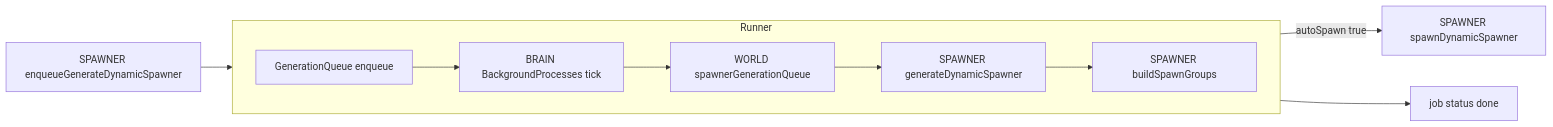
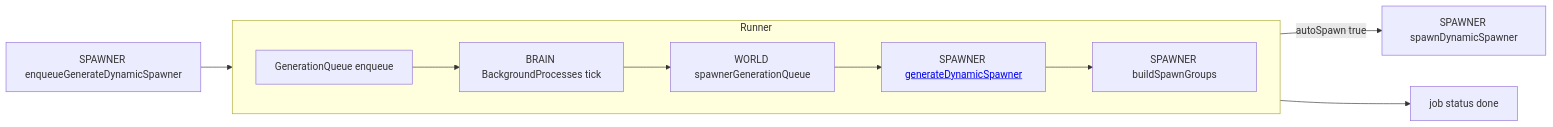
The fourth of 4 diagrams in docs/spawner/async.md (Gh0st352/AETHR), drawn with Mermaid before and after one commit. The commit also changed 2 other files, not shown here.

Commit message:
docs: add mermaid clickables/href guidance and wire diagram anchors
- docs/_mermaid/README.md: document adding clickables and href links for code anchors in diagrams
- docs/README.md: add click target for CONFIG node in cross-module mermaid
- docs/spawner/async.md: add href link to generateDynamicSpawner in flowchart and tidy spacing

````diff
--- a/docs/spawner/async.md
+++ b/docs/spawner/async.md
@@ -111,17 +111,17 @@
 ```mermaid
 %% shared theme: docs/_mermaid/theme.json %%
 flowchart LR
   ENQ[SPAWNER enqueueGenerateDynamicSpawner] --> Q[GenerationQueue enqueue]
   subgraph "Runner"
     direction LR
     Q --> BG[BRAIN BackgroundProcesses tick]
     BG --> WQ[WORLD spawnerGenerationQueue]
-    WQ --> GEN[SPAWNER generateDynamicSpawner]
+    WQ --> GEN[SPAWNER <a href='https://github.com/Gh0st352/AETHR/blob/main/dev/SPAWNER.lua#L563'>generateDynamicSpawner</a>]
     GEN --> BUILD[SPAWNER buildSpawnGroups]
   end
   WQ --> |autoSpawn true| SPAWN[SPAWNER spawnDynamicSpawner]
   WQ --> DONE[job status done]
   class ENQ class_io;
   class Q,BG,WQ,GEN,BUILD,SPAWN class_step;
   class DONE class_result;
 ```
````
